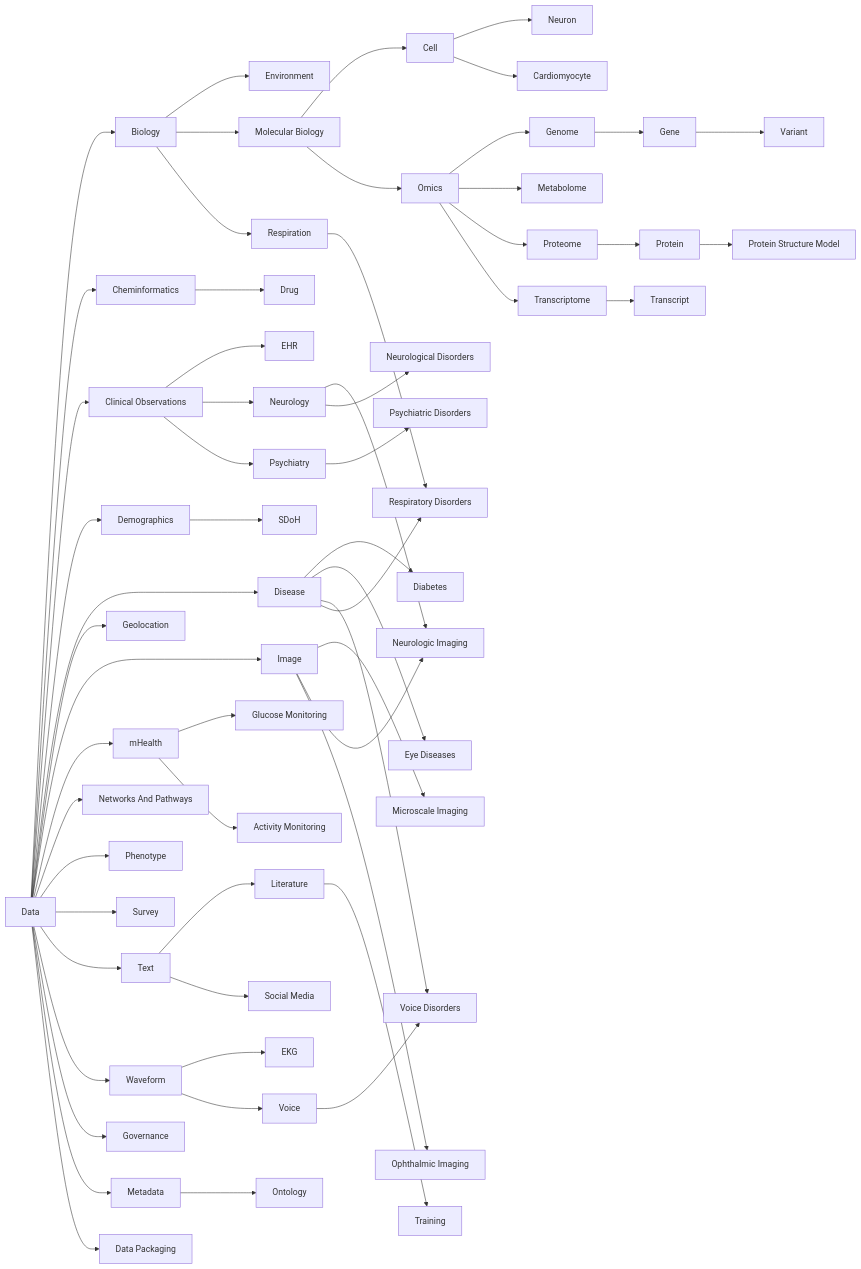
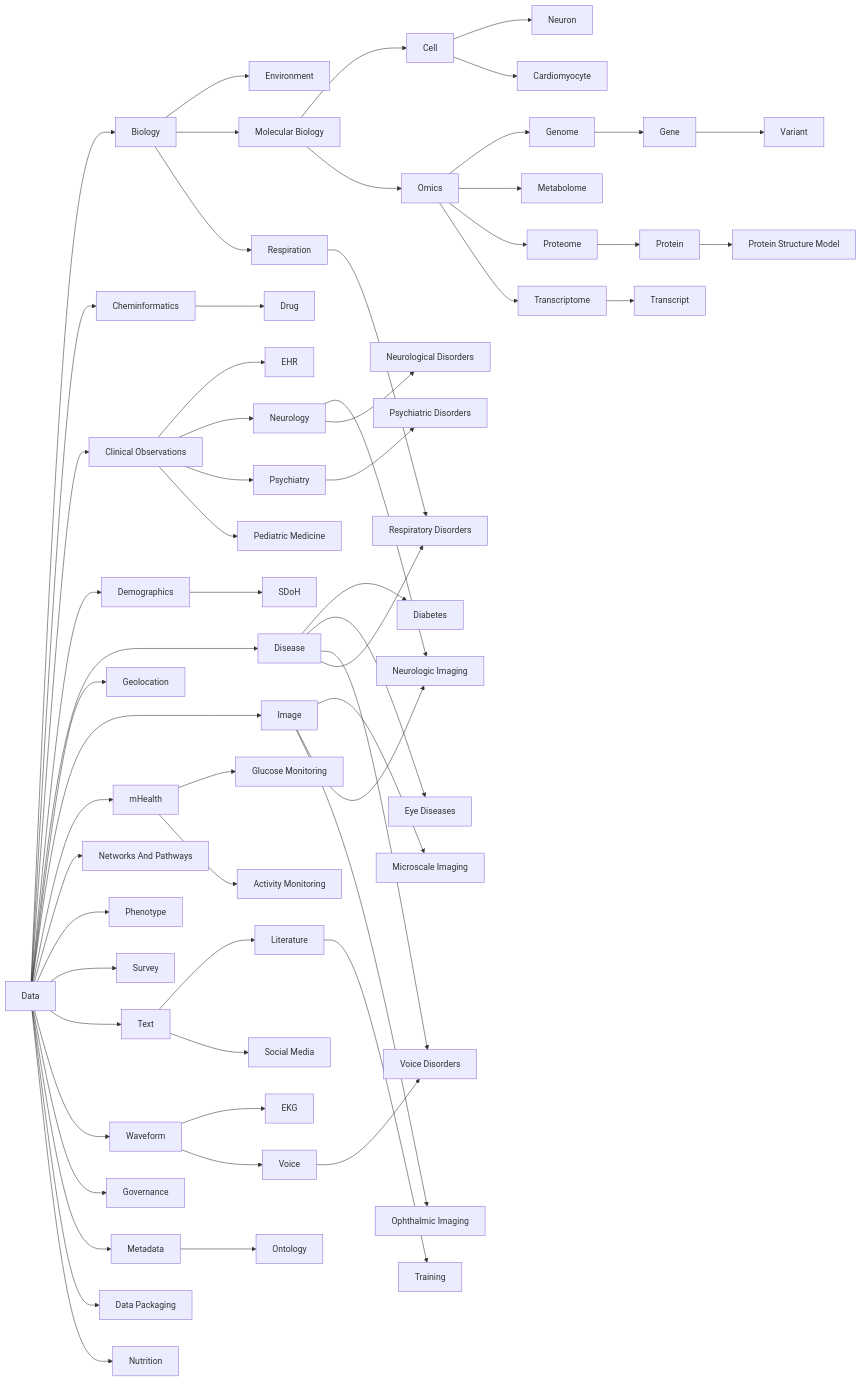
Before and after one commit to bridge2ai/b2ai-standards-registry: the diagram in docs/DataTopic.markdown, drawn with Mermaid. The commit also changed 12 other files, not shown here.

First line of the commit message:
Add adult Voice v3.1.0 entry and Pediatric Medicine topic

````diff
--- a/docs/DataTopic.markdown
+++ b/docs/DataTopic.markdown
@@ -58,6 +58,8 @@
     B2AI_TOPIC_53[Ontology]
     B2AI_TOPIC_54[Metadata]
     B2AI_TOPIC_55[Data Packaging]
+    B2AI_TOPIC_56[Nutrition]
+    B2AI_TOPIC_57[Pediatric Medicine]
     B2AI_TOPIC_1 --> B2AI_TOPIC_11
     B2AI_TOPIC_1 --> B2AI_TOPIC_20
     B2AI_TOPIC_1 --> B2AI_TOPIC_46
@@ -67,6 +69,7 @@
     B2AI_TOPIC_4 --> B2AI_TOPIC_9
     B2AI_TOPIC_4 --> B2AI_TOPIC_48
     B2AI_TOPIC_4 --> B2AI_TOPIC_50
+    B2AI_TOPIC_4 --> B2AI_TOPIC_57
     B2AI_TOPIC_5 --> B2AI_TOPIC_1
     B2AI_TOPIC_5 --> B2AI_TOPIC_3
     B2AI_TOPIC_5 --> B2AI_TOPIC_4
@@ -83,6 +86,7 @@
     B2AI_TOPIC_5 --> B2AI_TOPIC_40
     B2AI_TOPIC_5 --> B2AI_TOPIC_54
     B2AI_TOPIC_5 --> B2AI_TOPIC_55
+    B2AI_TOPIC_5 --> B2AI_TOPIC_56
     B2AI_TOPIC_6 --> B2AI_TOPIC_29
     B2AI_TOPIC_7 --> B2AI_TOPIC_43
     B2AI_TOPIC_7 --> B2AI_TOPIC_44
@@ -171,4 +175,6 @@
     click B2AI_TOPIC_53 "topics/Ontology/" "Ontology"
     click B2AI_TOPIC_54 "topics/Metadata/" "Metadata"
     click B2AI_TOPIC_55 "topics/DataPackaging/" "Data Packaging"
+    click B2AI_TOPIC_56 "topics/Nutrition/" "Nutrition"
+    click B2AI_TOPIC_57 "topics/PediatricMedicine/" "Pediatric Medicine"
 ```
````
